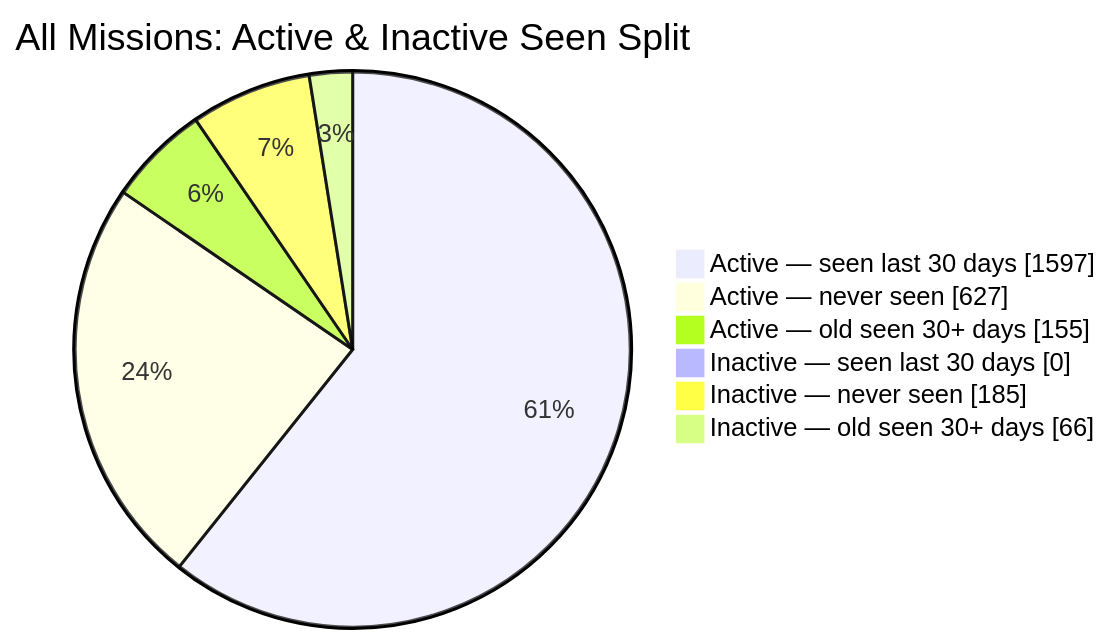
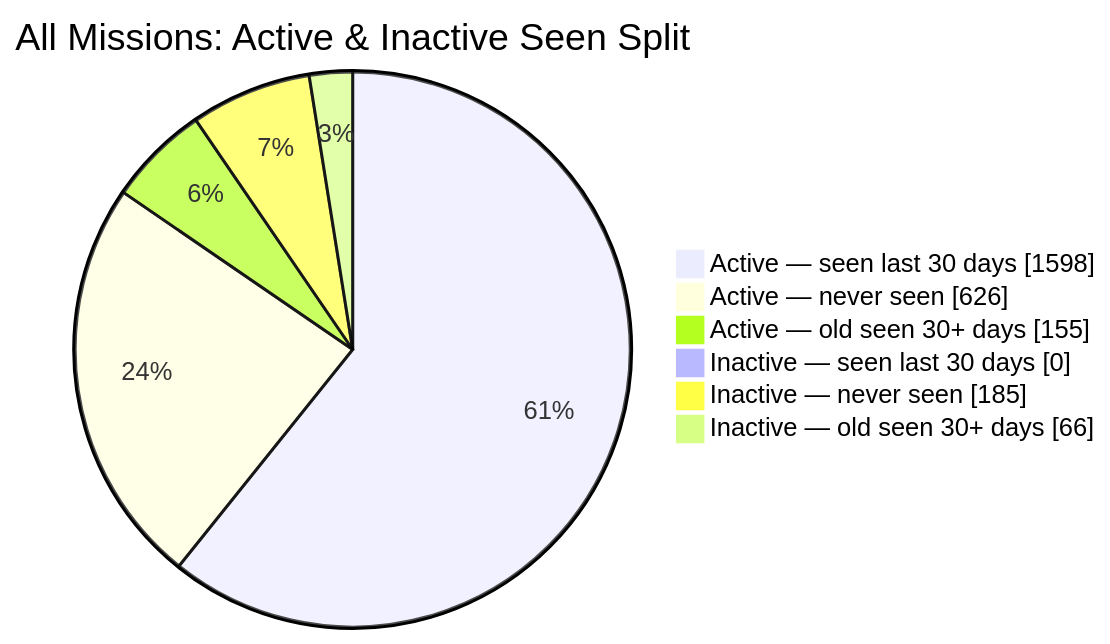
Before and after one commit to MeldkamerspelGameTeam/active-missions: the second of 2 diagrams in README.md, drawn with Mermaid. The commit also changed other lines of this file and 2 other files, not shown here.

````diff
--- a/README.md
+++ b/README.md
@@ -44,10 +44,10 @@
 ```mermaid
 pie showData
     title All Missions: Active & Inactive Seen Split
-    "Active — seen last 30 days" : 1597
-    "Active — never seen" : 627
+    "Active — seen last 30 days" : 1598
+    "Active — never seen" : 626
     "Active — old seen 30+ days" : 155
     "Inactive — seen last 30 days" : 0
     "Inactive — never seen" : 185
     "Inactive — old seen 30+ days" : 66
 ```
````
